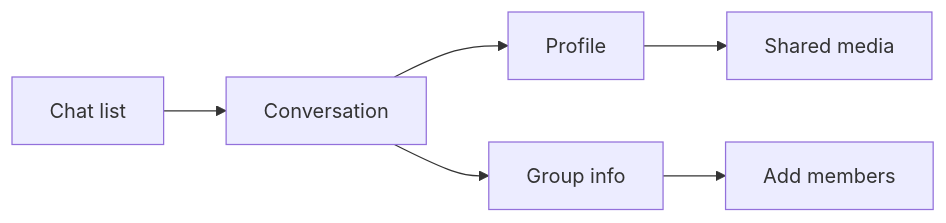
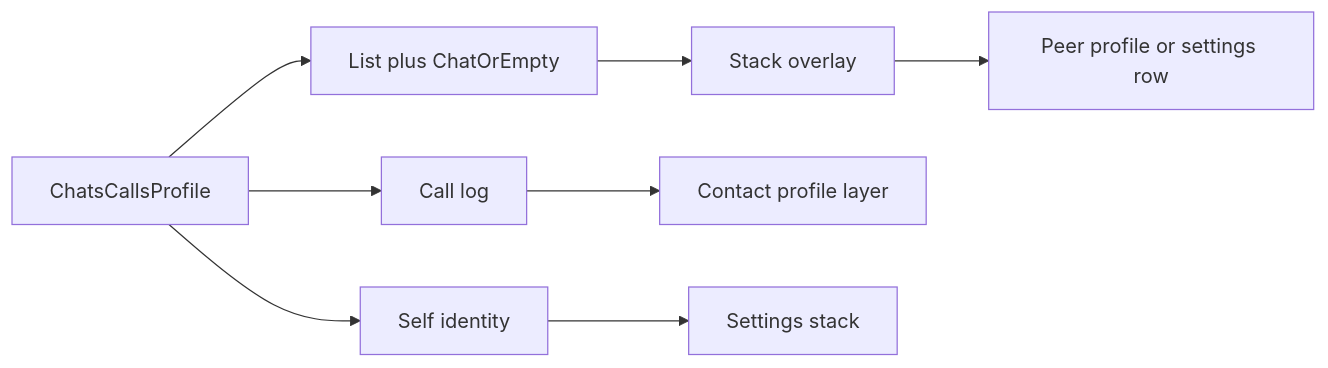
Before and after one commit to rajkamallashkari/rajya: the diagram in docs/DESIGN_SYSTEM.md, drawn with Mermaid. The commit also changed other lines of this file and 33 other files, not shown here.

````diff
--- a/docs/DESIGN_SYSTEM.md
+++ b/docs/DESIGN_SYSTEM.md
@@ -465,8 +467,11 @@
 ```mermaid
 flowchart LR
-    Base[Chat list] --> L1[Conversation]
-    L1 --> L2[Profile]
-    L2 --> L3[Shared media]
-    L1 --> L2b[Group info]
-    L2b --> L3b[Add members]
+    Tabs[ChatsCallsProfile]
+    Tabs --> Chats[List plus ChatOrEmpty]
+    Chats --> Overlay[Stack overlay]
+    Overlay --> Nested[Peer profile or settings row]
+    Tabs --> Calls[Call log]
+    Calls --> Contact[Contact profile layer]
+    Tabs --> Profile[Self identity]
+    Profile --> Settings[Settings stack]
 ```
````
